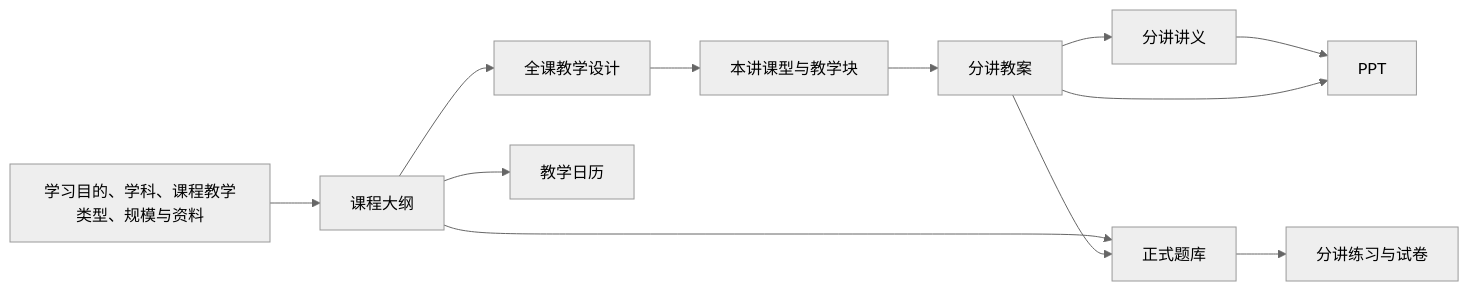
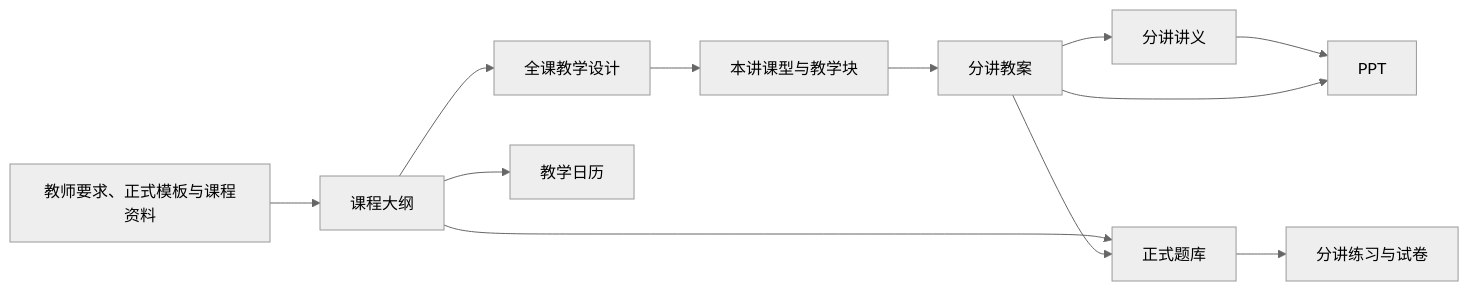
Before and after one commit to elgoog577215-beep/hackthon: the third of 3 diagrams in docs/产品蓝图.md, drawn with Mermaid (neutral theme). The commit also changed other lines of this file, not shown here.

````diff
--- a/docs/产品蓝图.md
+++ b/docs/产品蓝图.md
@@ -651,14 +713,14 @@
 ```mermaid
 flowchart LR
-    A["学习目的、学科、课程教学类型、规模与资料"] --> B["课程大纲"]
+    A["教师要求、正式模板与课程资料"] --> B["课程大纲"]
     B --> C["全课教学设计"]
     B --> D["教学日历"]
     C --> E["本讲课型与教学块"]
     E --> F["分讲教案"]
     F --> G["分讲讲义"]
     B --> H["正式题库"]
     F --> H
     H --> I["分讲练习与试卷"]
     G --> J["PPT"]
     F --> J
 ```
````
